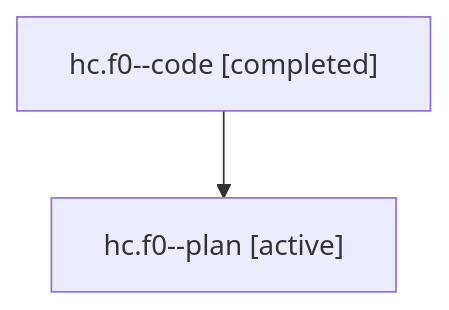
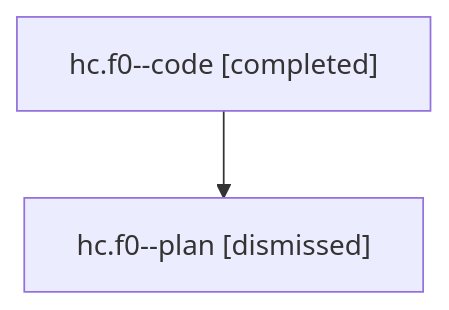
The diagram in sessions/bbugyi200.athena.hc.f0.md (sase-org/sase--agents), drawn with Mermaid before and after one commit. The commit also changed other lines of this file and 37 other files, not shown here.

````diff
--- a/sessions/bbugyi200.athena.hc.f0.md
+++ b/sessions/bbugyi200.athena.hc.f0.md
@@ -9,6 +9,6 @@
 ```mermaid
 flowchart TD
   n0["hc.f0--code [completed]"]
-  n1["hc.f0--plan [active]"]
+  n1["hc.f0--plan [dismissed]"]
   n0 --> n1
 ```
````
